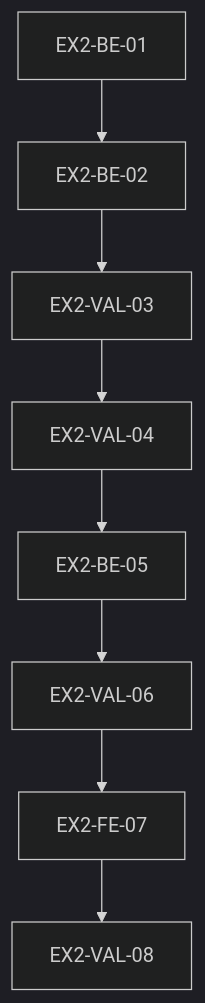
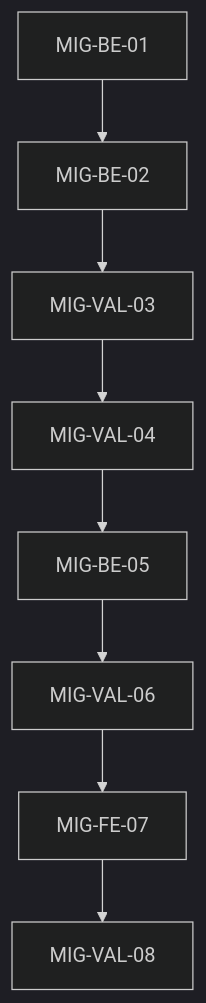
The diagram in .spec/backend/opencode-v2-only/TASKS.md (freitasjh/harness), drawn with Mermaid (dark theme) before and after one commit. The commit also changed other lines of this file and 9 other files, not shown here.

````diff
--- a/.spec/backend/opencode-v2-only/TASKS.md
+++ b/.spec/backend/opencode-v2-only/TASKS.md
@@ -21,5 +21,5 @@
 ```mermaid
 graph TD
-  EX2-BE-01 --> EX2-BE-02 --> EX2-VAL-03 --> EX2-VAL-04
-  EX2-VAL-04 --> EX2-BE-05 --> EX2-VAL-06 --> EX2-FE-07 --> EX2-VAL-08
+  MIG-BE-01 --> MIG-BE-02 --> MIG-VAL-03 --> MIG-VAL-04
+  MIG-VAL-04 --> MIG-BE-05 --> MIG-VAL-06 --> MIG-FE-07 --> MIG-VAL-08
 ```
````
